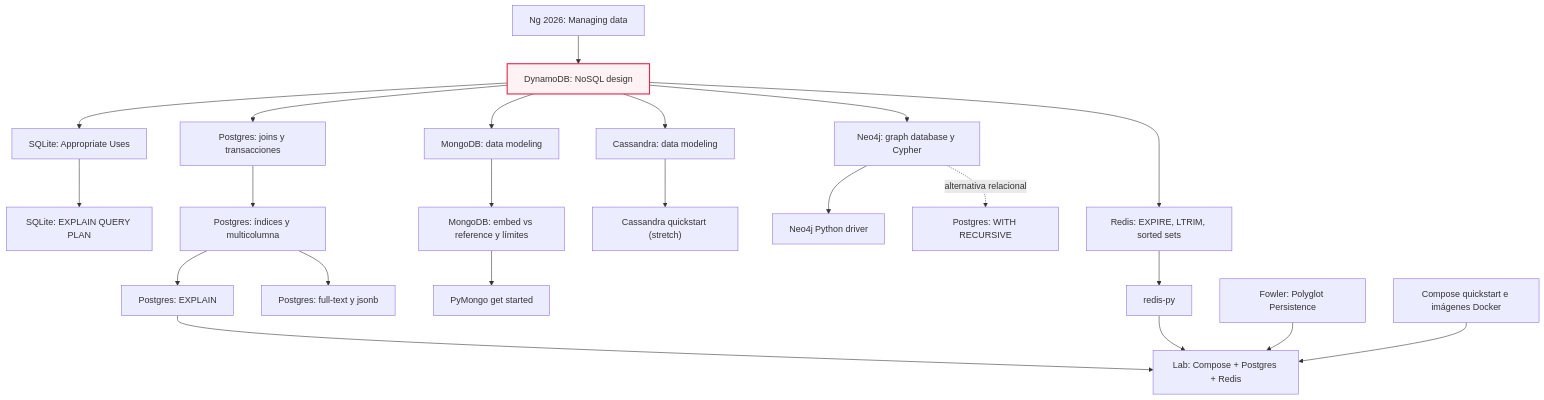
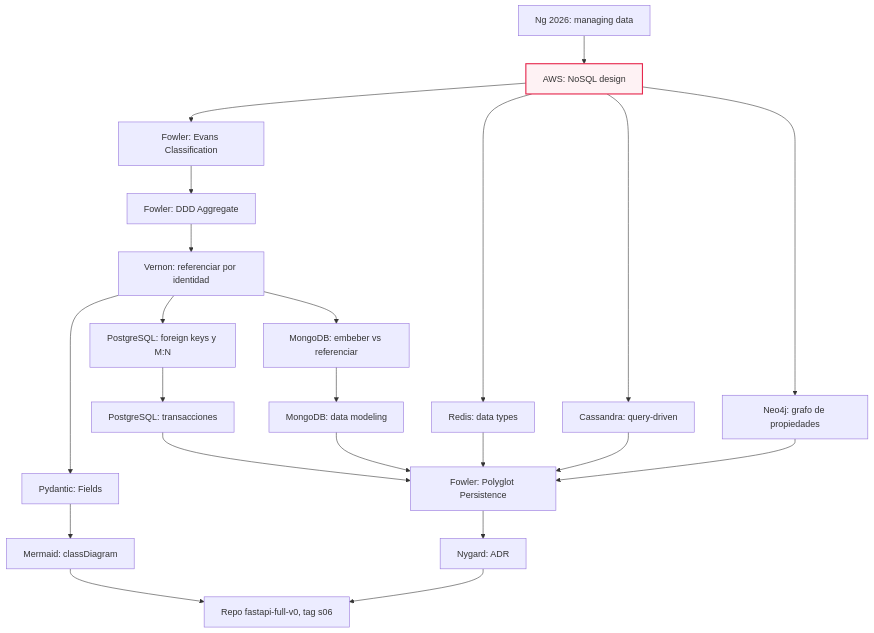
Before and after one commit to Luc5k4yw4lk3r/AIE-Bootcamp: the third of 3 diagrams in Temas/M07·S06 - Elegir base de datos según el patrón de acceso.md, drawn with Mermaid. The commit also changed other lines of this file and 9 other files, not shown here.

````diff
--- a/Temas/M07·S06 - Elegir base de datos según el patrón de acceso.md
+++ b/Temas/M07·S06 - Elegir base de datos según el patrón de acceso.md
@@ -840,27 +686,27 @@
 ```mermaid
 flowchart TD
-    NG["Ng 2026: Managing data"] --> DDB["DynamoDB: NoSQL design"]
-    DDB --> SQLW["SQLite: Appropriate Uses"]
-    DDB --> PGJ["Postgres: joins y transacciones"]
-    PGJ --> PGI["Postgres: índices y multicolumna"]
-    PGI --> PGE["Postgres: EXPLAIN"]
-    SQLW --> EQP["SQLite: EXPLAIN QUERY PLAN"]
-    PGI --> FTS["Postgres: full-text y jsonb"]
-    DDB --> MDM["MongoDB: data modeling"]
-    MDM --> EVR["MongoDB: embed vs reference y límites"]
-    EVR --> PYM["PyMongo get started"]
-    DDB --> CAS["Cassandra: data modeling"]
-    CAS --> CQS["Cassandra quickstart (stretch)"]
-    DDB --> NEO["Neo4j: graph database y Cypher"]
-    NEO --> NPY["Neo4j Python driver"]
-    NEO -.->|"alternativa relacional"| CTE["Postgres: WITH RECURSIVE"]
-    DDB --> EXP["Redis: EXPIRE, LTRIM, sorted sets"]
-    EXP --> RPY["redis-py"]
-    FOW["Fowler: Polyglot Persistence"] --> LAB["Lab: Compose + Postgres + Redis"]
-    PGE --> LAB
-    RPY --> LAB
-    DC["Compose quickstart e imágenes Docker"] --> LAB
+    NG["Ng 2026: managing data"] --> DDB["AWS: NoSQL design"]
+    DDB --> EV["Fowler: Evans Classification"]
+    EV --> AGG["Fowler: DDD Aggregate"]
+    AGG --> VER["Vernon: referenciar por identidad"]
+    VER --> PYD["Pydantic: Fields"]
+    VER --> FK["PostgreSQL: foreign keys y M:N"]
+    VER --> EMB["MongoDB: embeber vs referenciar"]
+    PYD --> MER["Mermaid: classDiagram"]
+    FK --> TX["PostgreSQL: transacciones"]
+    EMB --> MDM["MongoDB: data modeling"]
+    DDB --> RED["Redis: data types"]
+    DDB --> CAS["Cassandra: query-driven"]
+    DDB --> NEO["Neo4j: grafo de propiedades"]
+    TX --> FOW["Fowler: Polyglot Persistence"]
+    MDM --> FOW
+    RED --> FOW
+    CAS --> FOW
+    NEO --> FOW
+    FOW --> NYG["Nygard: ADR"]
+    MER --> REPO["Repo fastapi-full-v0, tag s06"]
+    NYG --> REPO
 
     classDef foco fill:#FEF2F4,stroke:#E6284E,stroke-width:2px
     class DDB foco
 ```
````
